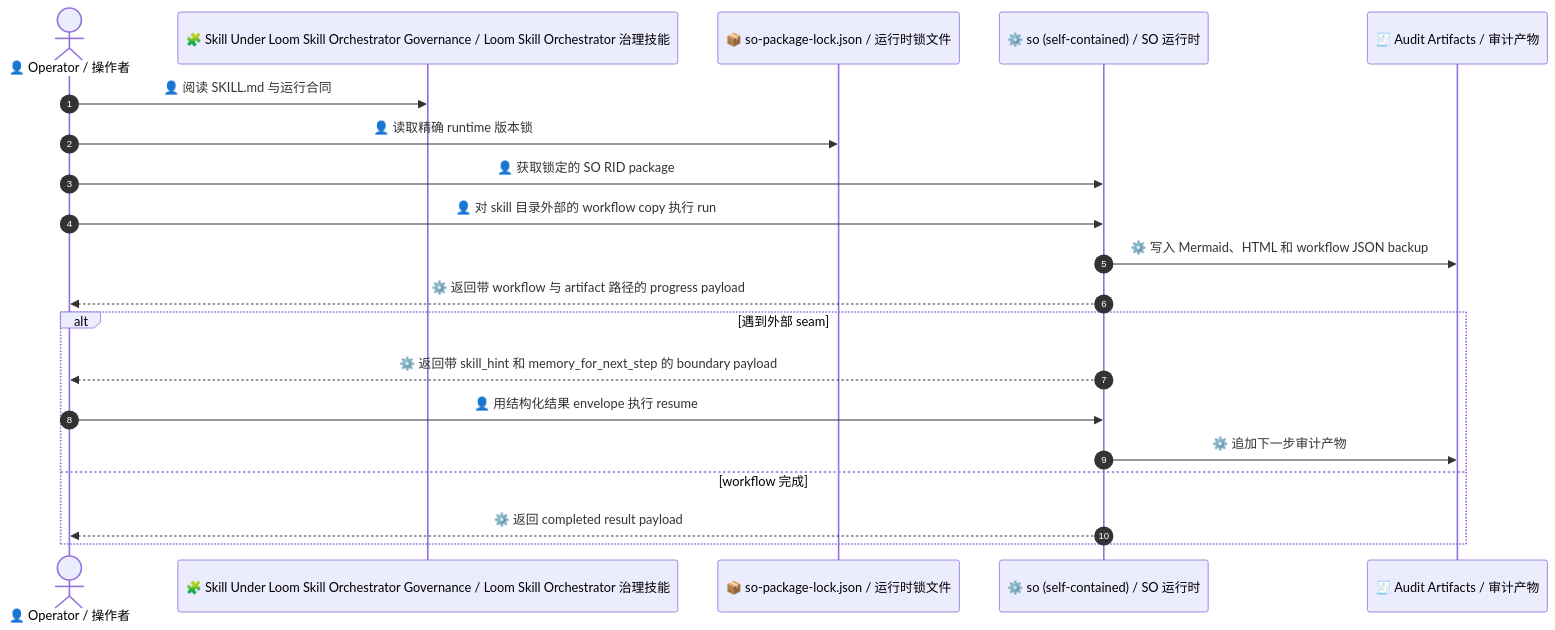
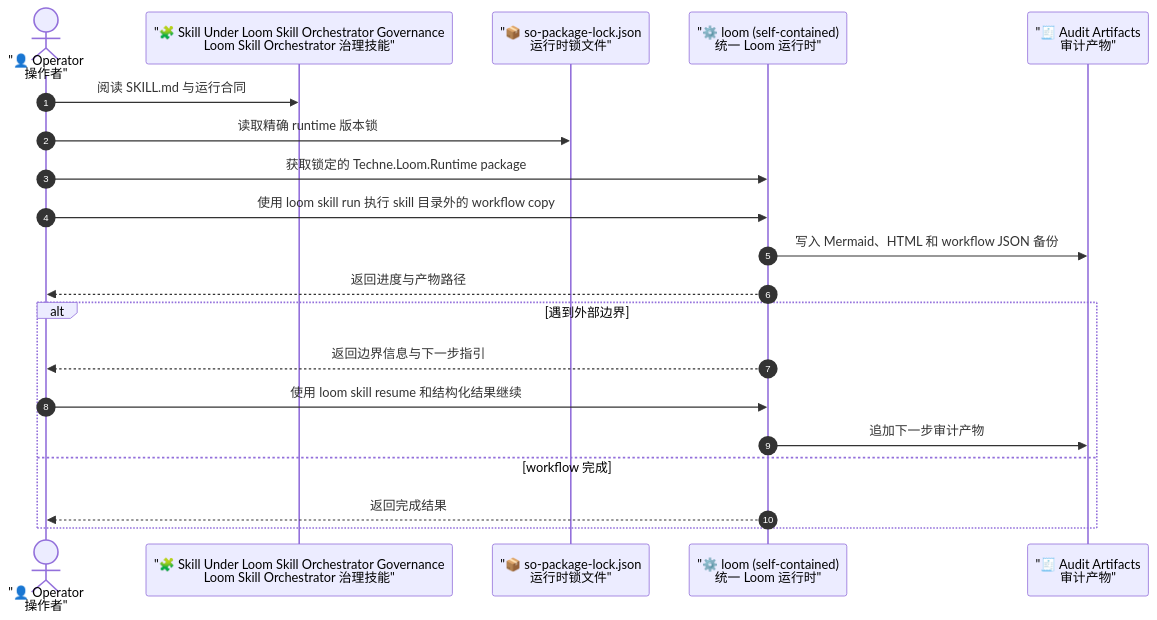
One commit to waynebaby/Techne-Loom changed the first of 2 diagrams in README.zh-CN.md. Above: the diagram before and after it, drawn with Mermaid. The commit also changed other lines of this file and 16 other files, not shown here.

````diff
--- a/README.zh-CN.md
+++ b/README.zh-CN.md
@@ -344,23 +344,23 @@
 ```mermaid
 sequenceDiagram
     autonumber
-    actor Operator as 👤 Operator / 操作者
-    participant Skill as 🧩 Skill Under Loom Skill Orchestrator Governance / Loom Skill Orchestrator 治理技能
-    participant Lock as 📦 so-package-lock.json / 运行时锁文件
-    participant Runtime as ⚙️ so (self-contained) / SO 运行时
-    participant Audit as 🧾 Audit Artifacts / 审计产物
+    actor Operator as "👤 Operator<br/>操作者"
+    participant Skill as "🧩 Skill Under Loom Skill Orchestrator Governance<br/>Loom Skill Orchestrator 治理技能"
+    participant Lock as "📦 so-package-lock.json<br/>运行时锁文件"
+    participant Runtime as "⚙️ loom (self-contained)<br/>统一 Loom 运行时"
+    participant Audit as "🧾 Audit Artifacts<br/>审计产物"
 
-    Operator->>Skill: 👤 阅读 SKILL.md 与运行合同
-    Operator->>Lock: 👤 读取精确 runtime 版本锁
-    Operator->>Runtime: 👤 获取锁定的 SO RID package
-    Operator->>Runtime: 👤 对 skill 目录外部的 workflow copy 执行 run
-    Runtime->>Audit: ⚙️ 写入 Mermaid、HTML 和 workflow JSON backup
-    Runtime-->>Operator: ⚙️ 返回带 workflow 与 artifact 路径的 progress payload
-    alt 遇到外部 seam
-        Runtime-->>Operator: ⚙️ 返回带 skill_hint 和 memory_for_next_step 的 boundary payload
-        Operator->>Runtime: 👤 用结构化结果 envelope 执行 resume
-        Runtime->>Audit: ⚙️ 追加下一步审计产物
+    Operator->>Skill: 阅读 SKILL.md 与运行合同
+    Operator->>Lock: 读取精确 runtime 版本锁
+    Operator->>Runtime: 获取锁定的 Techne.Loom.Runtime package
+    Operator->>Runtime: 使用 loom skill run 执行 skill 目录外的 workflow copy
+    Runtime->>Audit: 写入 Mermaid、HTML 和 workflow JSON 备份
+    Runtime-->>Operator: 返回进度与产物路径
+    alt 遇到外部边界
+        Runtime-->>Operator: 返回边界信息与下一步指引
+        Operator->>Runtime: 使用 loom skill resume 和结构化结果继续
+        Runtime->>Audit: 追加下一步审计产物
     else workflow 完成
-        Runtime-->>Operator: ⚙️ 返回 completed result payload
+        Runtime-->>Operator: 返回完成结果
     end
 ```
````
